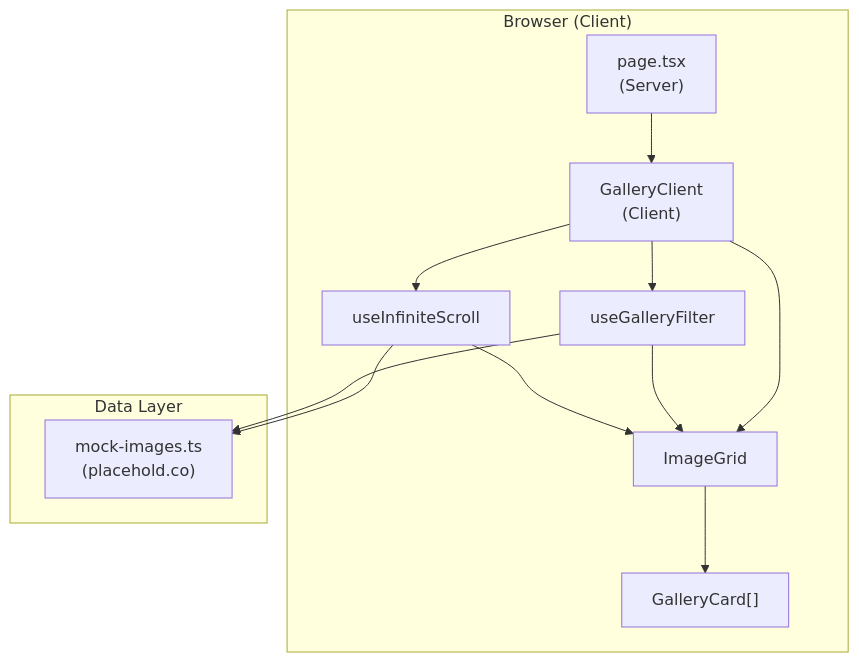
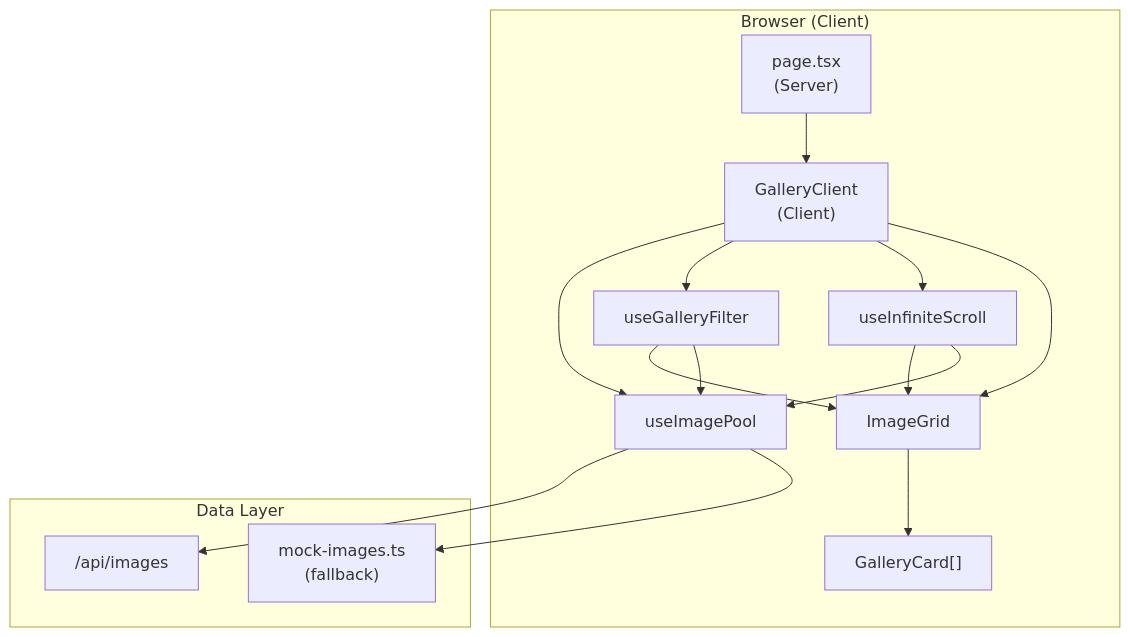
Before and after one commit to Phoebus47/diversition-test: the diagram in docs/ARCHITECTURE.md, drawn with Mermaid. The commit also changed other lines of this file and 59 other files, not shown here.

````diff
--- a/docs/ARCHITECTURE.md
+++ b/docs/ARCHITECTURE.md
@@ -9,26 +11,31 @@
 ```mermaid
 flowchart TB
     subgraph Client["Browser (Client)"]
         Page["page.tsx\n(Server)"]
         Gallery["GalleryClient\n(Client)"]
+        Pool["useImagePool"]
         Filter["useGalleryFilter"]
         Scroll["useInfiniteScroll"]
         Grid["ImageGrid"]
         Cards["GalleryCard[]"]
 
         Page --> Gallery
+        Gallery --> Pool
         Gallery --> Filter
         Gallery --> Scroll
         Gallery --> Grid
         Grid --> Cards
         Filter --> Grid
         Scroll --> Grid
     end
 
     subgraph Data["Data Layer"]
-        Mock["mock-images.ts\n(placehold.co)"]
+        API["/api/images"]
+        Mock["mock-images.ts\n(fallback)"]
     end
 
-    Scroll --> Mock
-    Filter --> Mock
+    Pool --> API
+    Pool --> Mock
+    Scroll --> Pool
+    Filter --> Pool
 ```
````
